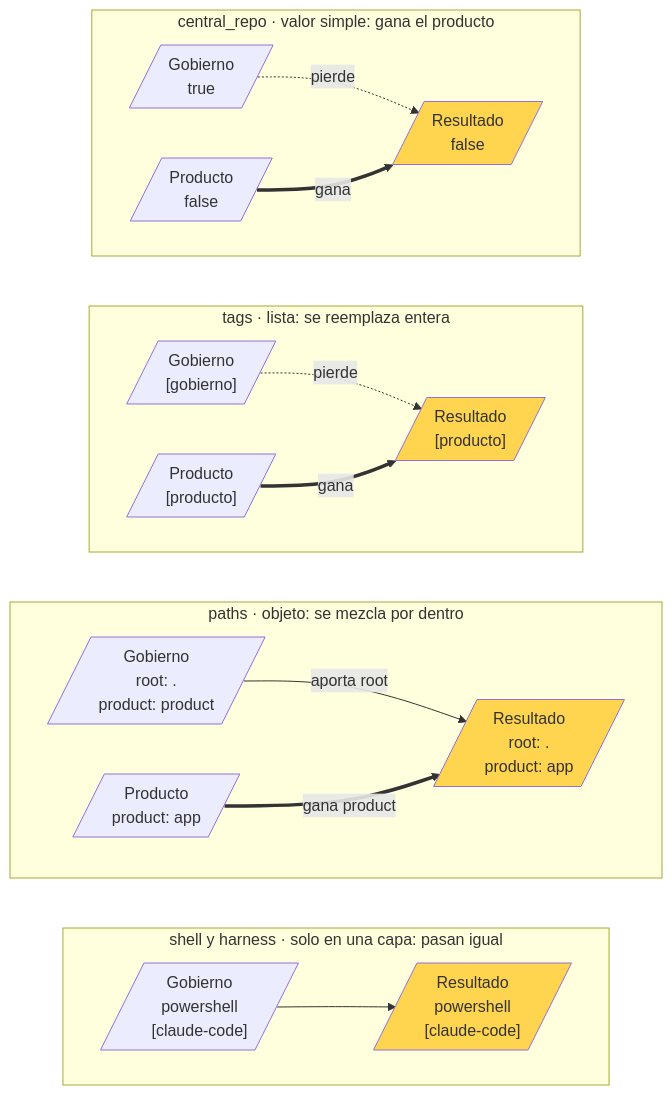
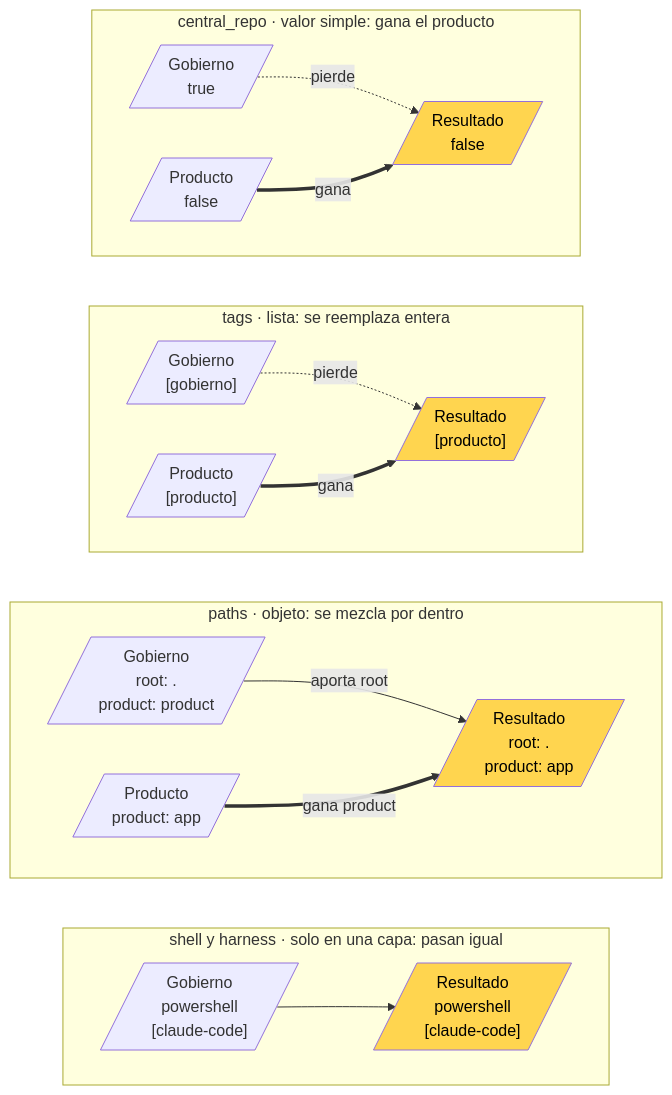
Before and after one commit to jliberal-aquas/aquas-harness: the third of 6 diagrams in docs/compilacion-del-canon/fusionar-json.md, drawn with Mermaid. The commit also changed other lines of this file and 8 other files, not shown here.

Commit message:
fix: texto negro en cajas amarillas de los diagramas para leerse en tema oscuro

````diff
--- a/docs/compilacion-del-canon/fusionar-json.md
+++ b/docs/compilacion-del-canon/fusionar-json.md
@@ -56,27 +56,27 @@
 ```mermaid
 flowchart TD
   subgraph K1["central_repo · valor simple: gana el producto"]
     direction LR
     a1[/"Gobierno<br/>true"/] -. pierde .-> c1[/"Resultado<br/>false"/]
     b1[/"Producto<br/>false"/] == gana ==> c1
   end
   subgraph K2["tags · lista: se reemplaza entera"]
     direction LR
     a2[/"Gobierno<br/>[gobierno]"/] -. pierde .-> c2[/"Resultado<br/>[producto]"/]
     b2[/"Producto<br/>[producto]"/] == gana ==> c2
   end
   subgraph K3["paths · objeto: se mezcla por dentro"]
     direction LR
     a3[/"Gobierno<br/>root: .<br/>product: product"/] -- aporta root --> c3[/"Resultado<br/>root: .<br/>product: app"/]
     b3[/"Producto<br/>product: app"/] == gana product ==> c3
   end
   subgraph K4["shell y harness · solo en una capa: pasan igual"]
     direction LR
     a4[/"Gobierno<br/>powershell<br/>[claude-code]"/] --> c4[/"Resultado<br/>powershell<br/>[claude-code]"/]
   end
   K1 ~~~ K2 ~~~ K3 ~~~ K4
-  style c1 fill:#ffd54f
-  style c2 fill:#ffd54f
-  style c3 fill:#ffd54f
-  style c4 fill:#ffd54f
+  style c1 fill:#ffd54f,color:#000
+  style c2 fill:#ffd54f,color:#000
+  style c3 fill:#ffd54f,color:#000
+  style c4 fill:#ffd54f,color:#000
 ```
````
